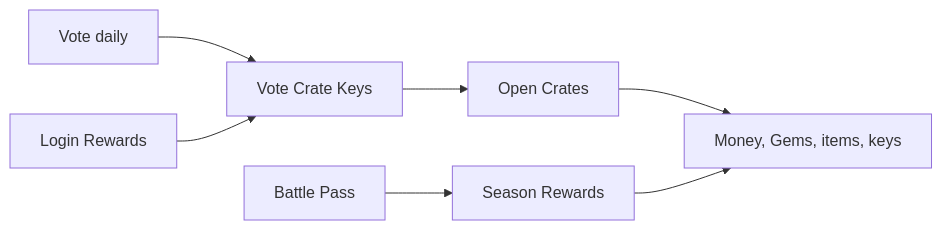
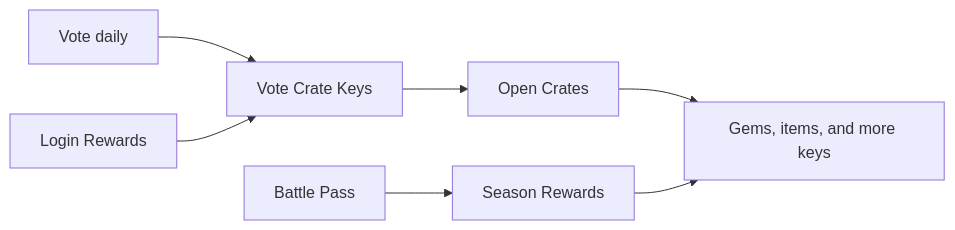
The diagram in docs/rewards/index.md (AntiS0ul/townify-docs), drawn with Mermaid before and after one commit. The commit also changed other lines of this file and 15 other files, not shown here.

````diff
--- a/docs/rewards/index.md
+++ b/docs/rewards/index.md
@@ -23,9 +23,9 @@
 ```mermaid
 graph LR
     V[Vote daily] --> K[Vote Crate Keys]
     K --> C[Open Crates]
     L[Login Rewards] --> K
     B[Battle Pass] --> R[Season Rewards]
-    C --> G[Money, Gems, items, keys]
+    C --> G[Gems, items, and more keys]
     R --> G
 ```
````
